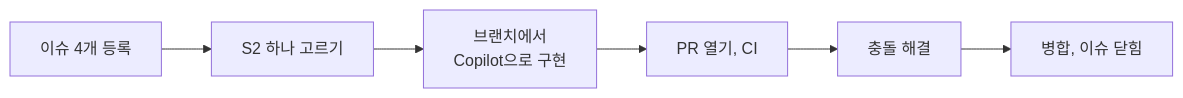
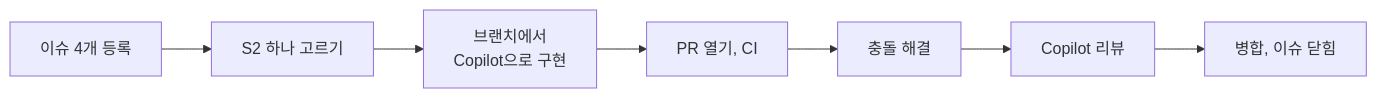
Before and after one commit to skilleat-labs/github-300-lab: the diagram in docs/solo/mission-1.md, drawn with Mermaid. The commit also changed other lines of this file, not shown here.

Commit message:
개인 미션 1: Copilot 코드 리뷰 단계 추가

````diff
--- a/docs/solo/mission-1.md
+++ b/docs/solo/mission-1.md
@@ -22,8 +22,9 @@
 ```mermaid
 flowchart LR
     A["이슈 4개 등록"] --> B["S2 하나 고르기"]
     B --> C["브랜치에서<br/>Copilot으로 구현"]
     C --> D["PR 열기, CI"]
     D --> E["충돌 해결"]
-    E --> F["병합, 이슈 닫힘"]
+    E --> R["Copilot 리뷰"]
+    R --> F["병합, 이슈 닫힘"]
 ```
````
